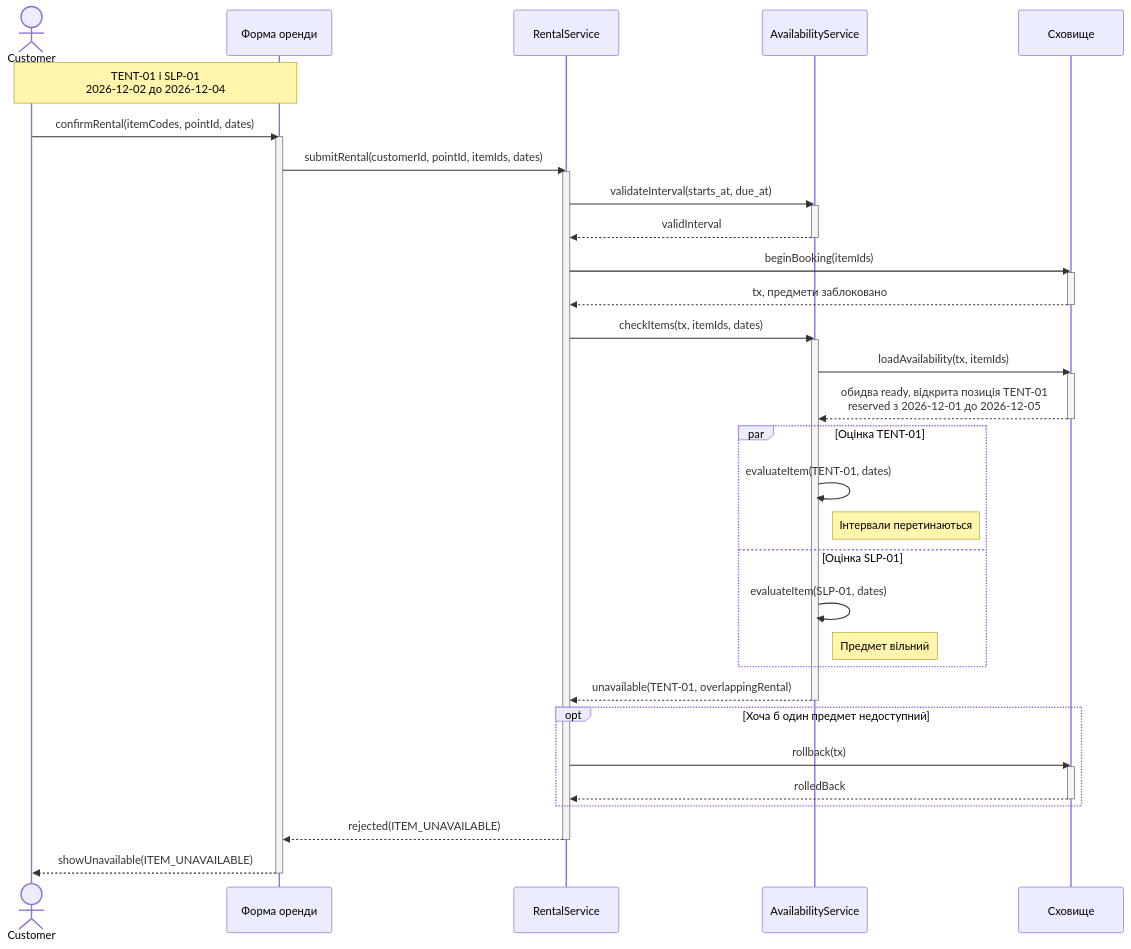
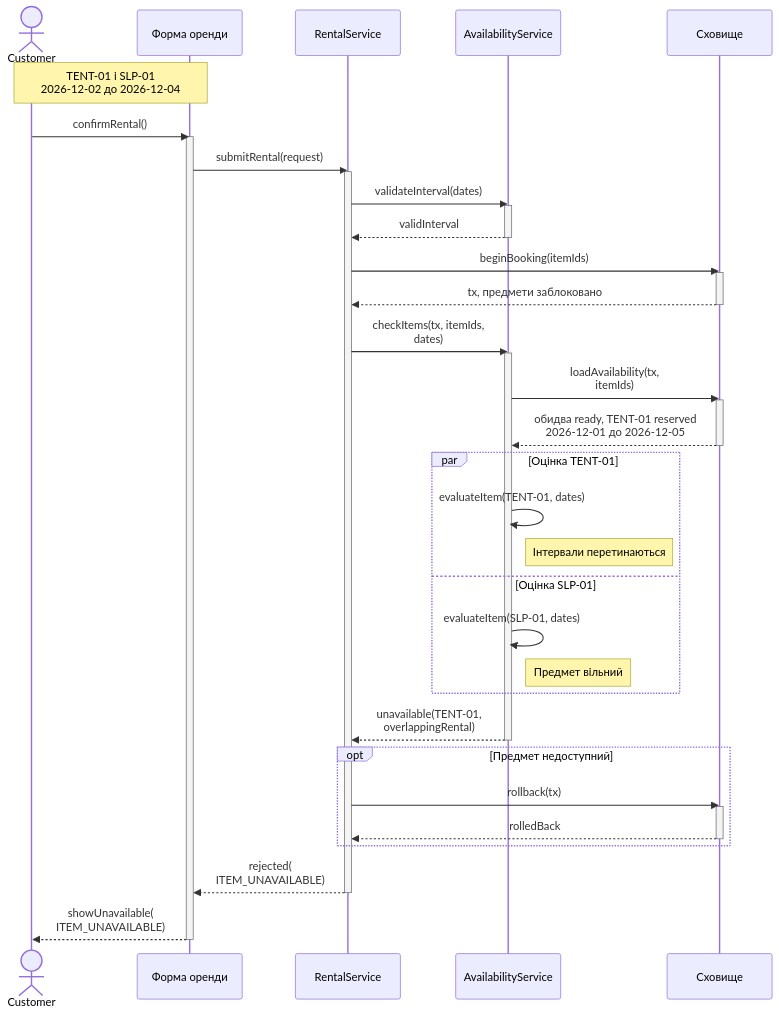
Before and after one commit to kirgafan/KPI_labs: the sixth of 6 diagrams in Labs/lab-3/model.md, drawn with Mermaid. The commit also changed other lines of this file and 2 other files, not shown here.

Commit message:
refactor(lab-3): shorten sequence labels and clarify render criteria

````diff
--- a/Labs/lab-3/model.md
+++ b/Labs/lab-3/model.md
@@ -240,46 +240,46 @@
 ```mermaid
 sequenceDiagram
     actor C as Customer
     participant U as Форма оренди
     participant R as RentalService
     participant A as AvailabilityService
     participant S as Сховище
     Note over C,U: TENT-01 і SLP-01<br/>2026-12-02 до 2026-12-04
-    C->>U: confirmRental(itemCodes, pointId, dates)
+    C->>U: confirmRental()
     activate U
-    U->>R: submitRental(customerId, pointId, itemIds, dates)
+    U->>R: submitRental(request)
     activate R
-    R->>A: validateInterval(starts_at, due_at)
+    R->>A: validateInterval(dates)
     activate A
     A-->>R: validInterval
     deactivate A
     R->>S: beginBooking(itemIds)
     activate S
     S-->>R: tx, предмети заблоковано
     deactivate S
-    R->>A: checkItems(tx, itemIds, dates)
+    R->>A: checkItems(tx, itemIds,<br/>dates)
     activate A
-    A->>S: loadAvailability(tx, itemIds)
+    A->>S: loadAvailability(tx,<br/>itemIds)
     activate S
-    S-->>A: обидва ready, відкрита позиція TENT-01<br/>reserved з 2026-12-01 до 2026-12-05
+    S-->>A: обидва ready, TENT-01 reserved<br/>2026-12-01 до 2026-12-05
     deactivate S
     par Оцінка TENT-01
         A->>A: evaluateItem(TENT-01, dates)
         Note right of A: Інтервали перетинаються
     and Оцінка SLP-01
         A->>A: evaluateItem(SLP-01, dates)
         Note right of A: Предмет вільний
     end
-    A-->>R: unavailable(TENT-01, overlappingRental)
+    A-->>R: unavailable(TENT-01,<br/>overlappingRental)
     deactivate A
-    opt Хоча б один предмет недоступний
+    opt Предмет недоступний
         R->>S: rollback(tx)
         activate S
         S-->>R: rolledBack
         deactivate S
     end
-    R-->>U: rejected(ITEM_UNAVAILABLE)
+    R-->>U: rejected(<br/>ITEM_UNAVAILABLE)
     deactivate R
-    U-->>C: showUnavailable(ITEM_UNAVAILABLE)
+    U-->>C: showUnavailable(<br/>ITEM_UNAVAILABLE)
     deactivate U
 ```
````
